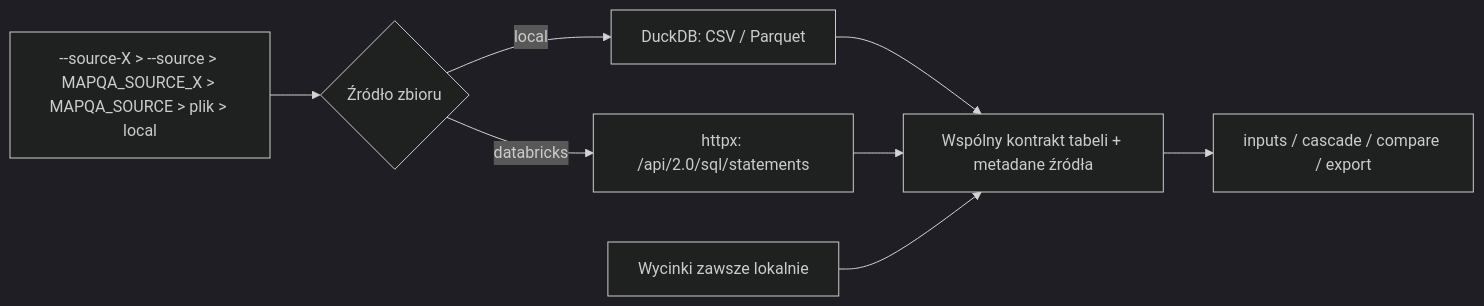
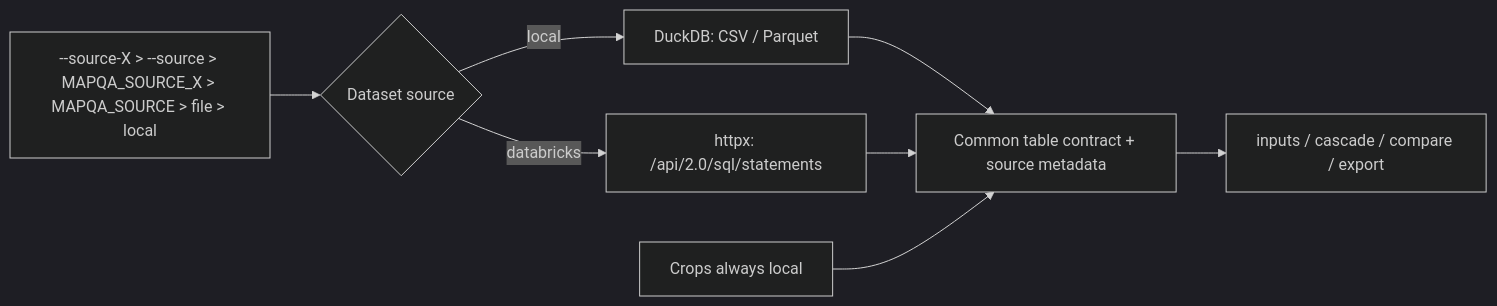
Before and after one commit to sosnowskaga/jsystems-claude-codex-gis-2026-11: the first of 2 diagrams in docs/ADR/002-data-sources-and-reports.md, drawn with Mermaid (dark theme). The commit also changed other lines of this file and 3 other files, not shown here.

````diff
--- a/docs/ADR/002-data-sources-and-reports.md
+++ b/docs/ADR/002-data-sources-and-reports.md
@@ -113,10 +113,10 @@
 ```mermaid
 flowchart LR
-    CFG[--source-X > --source > MAPQA_SOURCE_X > MAPQA_SOURCE > plik > local] --> SEL{Źródło zbioru}
+    CFG[--source-X > --source > MAPQA_SOURCE_X > MAPQA_SOURCE > file > local] --> SEL{Dataset source}
     SEL -->|local| L[DuckDB: CSV / Parquet]
     SEL -->|databricks| R[httpx: /api/2.0/sql/statements]
-    L --> N[Wspólny kontrakt tabeli + metadane źródła]
+    L --> N[Common table contract + source metadata]
     R --> N
-    IMG[Wycinki zawsze lokalnie] --> N
+    IMG[Crops always local] --> N
     N --> APP[inputs / cascade / compare / export]
 ```
````
